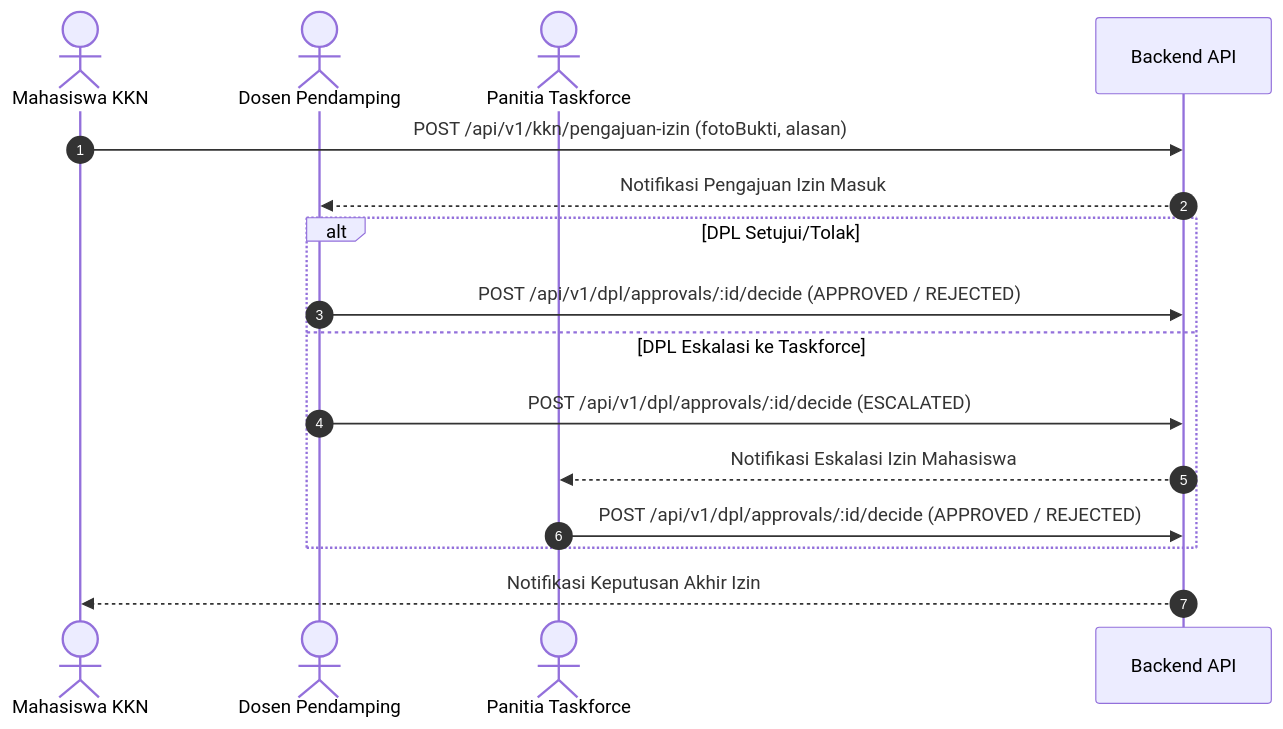
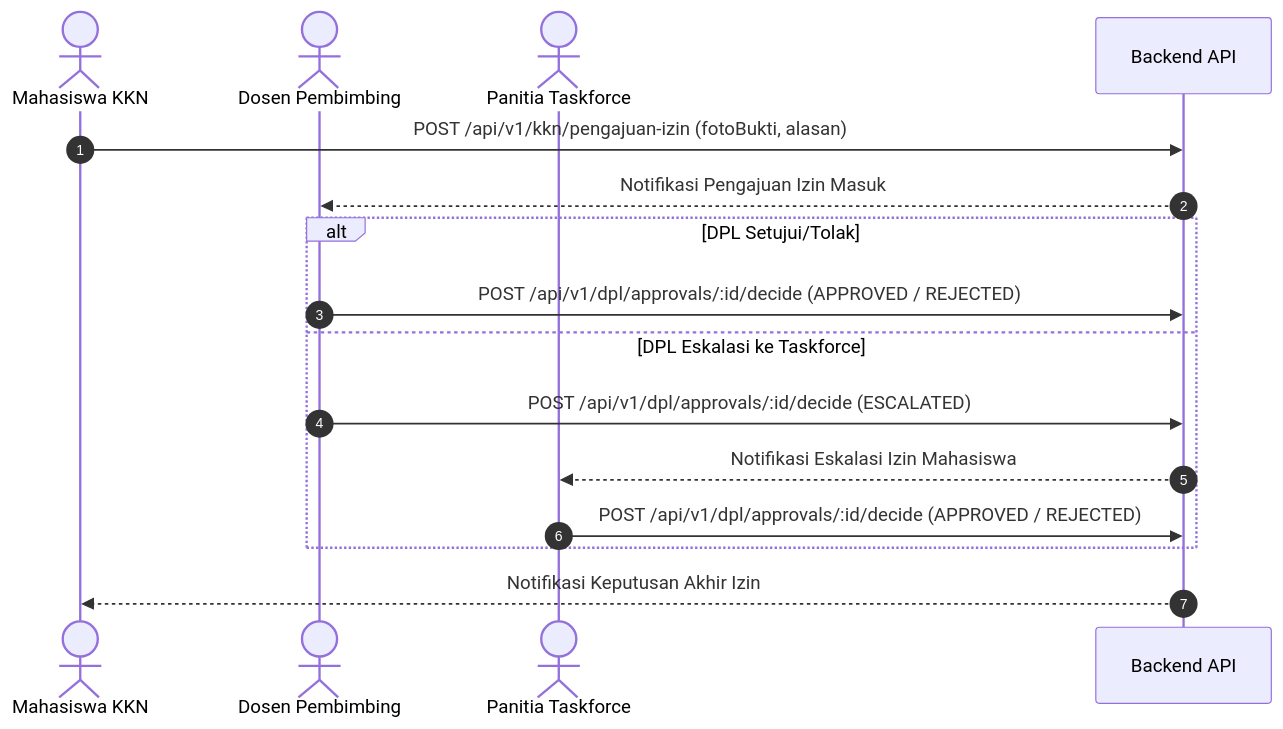
The first of 2 diagrams in docs/MAPPING_ROLE_FEATURE_REQUIREMENT_KKN.md (JexyDev/Pilah-Sampah-Cerdas), drawn with Mermaid before and after one commit. The commit also changed 67 other files, not shown here.

````diff
--- a/docs/MAPPING_ROLE_FEATURE_REQUIREMENT_KKN.md
+++ b/docs/MAPPING_ROLE_FEATURE_REQUIREMENT_KKN.md
@@ -186,19 +186,19 @@
 ```mermaid
 sequenceDiagram
     autonumber
     actor MHS as Mahasiswa KKN
-    actor DPL as Dosen Pendamping
+    actor DPL as Dosen Pembimbing
     actor TF as Panitia Taskforce
     participant API as Backend API
 
     MHS->>API: POST /api/v1/kkn/pengajuan-izin (fotoBukti, alasan)
     API-->>DPL: Notifikasi Pengajuan Izin Masuk
     alt DPL Setujui/Tolak
         DPL->>API: POST /api/v1/dpl/approvals/:id/decide (APPROVED / REJECTED)
     else DPL Eskalasi ke Taskforce
         DPL->>API: POST /api/v1/dpl/approvals/:id/decide (ESCALATED)
         API-->>TF: Notifikasi Eskalasi Izin Mahasiswa
         TF->>API: POST /api/v1/dpl/approvals/:id/decide (APPROVED / REJECTED)
     end
     API-->>MHS: Notifikasi Keputusan Akhir Izin
 ```
````
